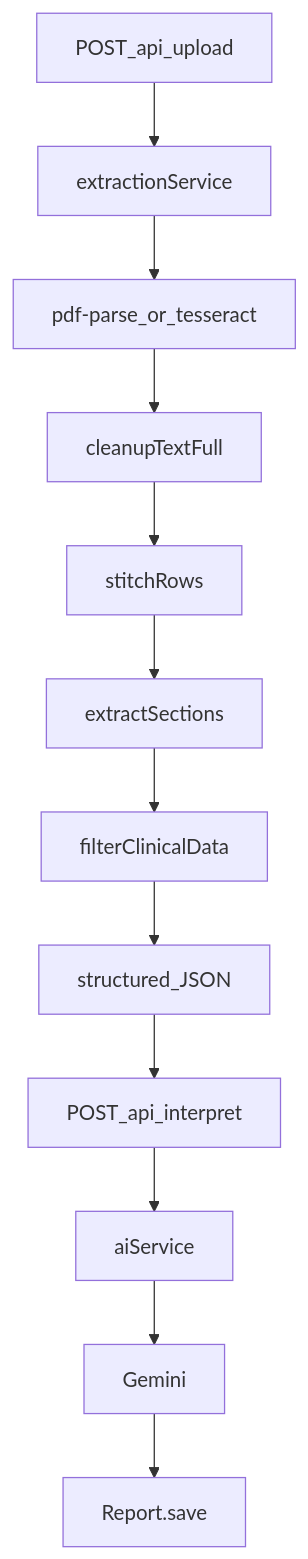
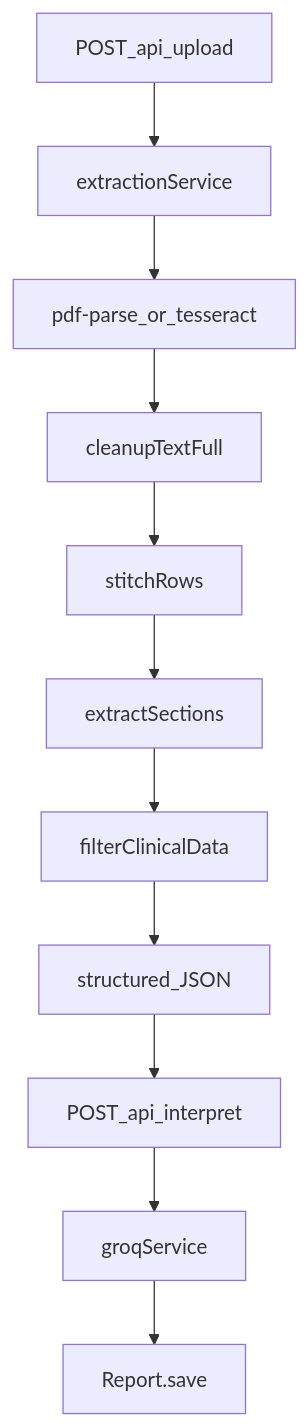
Before and after one commit to igaryanthakur/HealthLens: the second of 2 diagrams in PROJECT_CONTEXT.md, drawn with Mermaid. The commit also changed other lines of this file and 26 other files, not shown here.

Commit message:
Groq/Gemini split

````diff
--- a/PROJECT_CONTEXT.md
+++ b/PROJECT_CONTEXT.md
@@ -128,14 +128,13 @@
 ```mermaid
 flowchart TD
   upload[POST_api_upload] --> extract[extractionService]
   extract --> pdf[pdf-parse_or_tesseract]
   pdf --> cleanup[cleanupTextFull]
   cleanup --> stitch[stitchRows]
   stitch --> sections[extractSections]
   sections --> filter[filterClinicalData]
   filter --> structured[structured_JSON]
   structured --> interpret[POST_api_interpret]
-  interpret --> aiService[aiService]
-  aiService --> gemini[Gemini]
-  gemini --> reportSave[Report.save]
+  interpret --> groqService[groqService]
+  groqService --> reportSave[Report.save]
 ```
````
